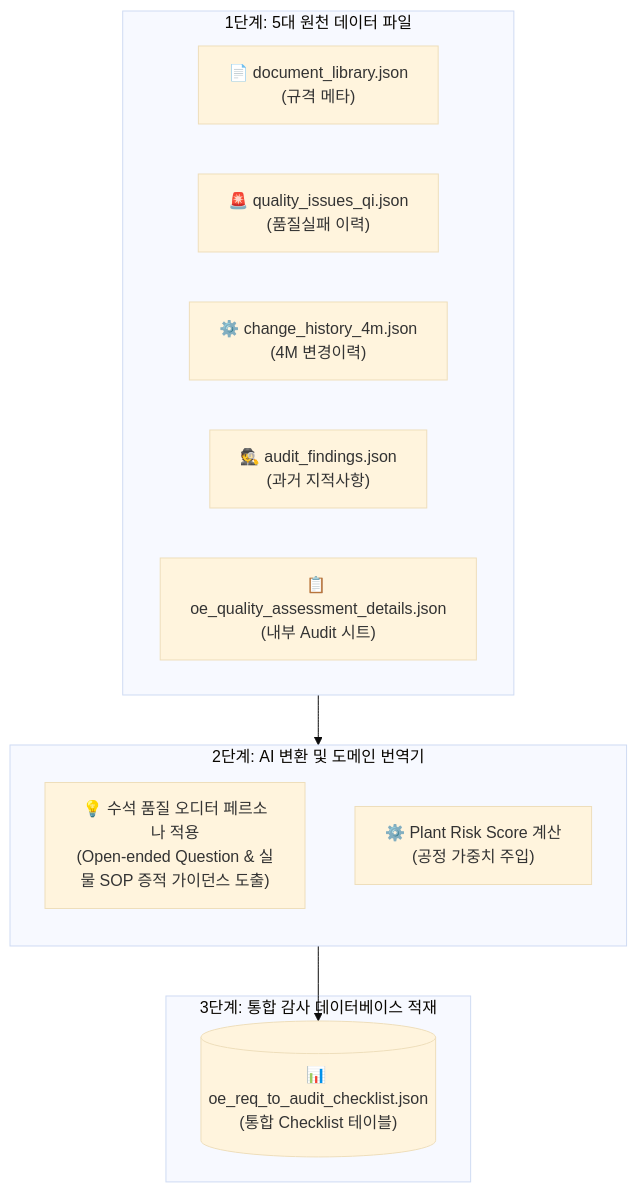
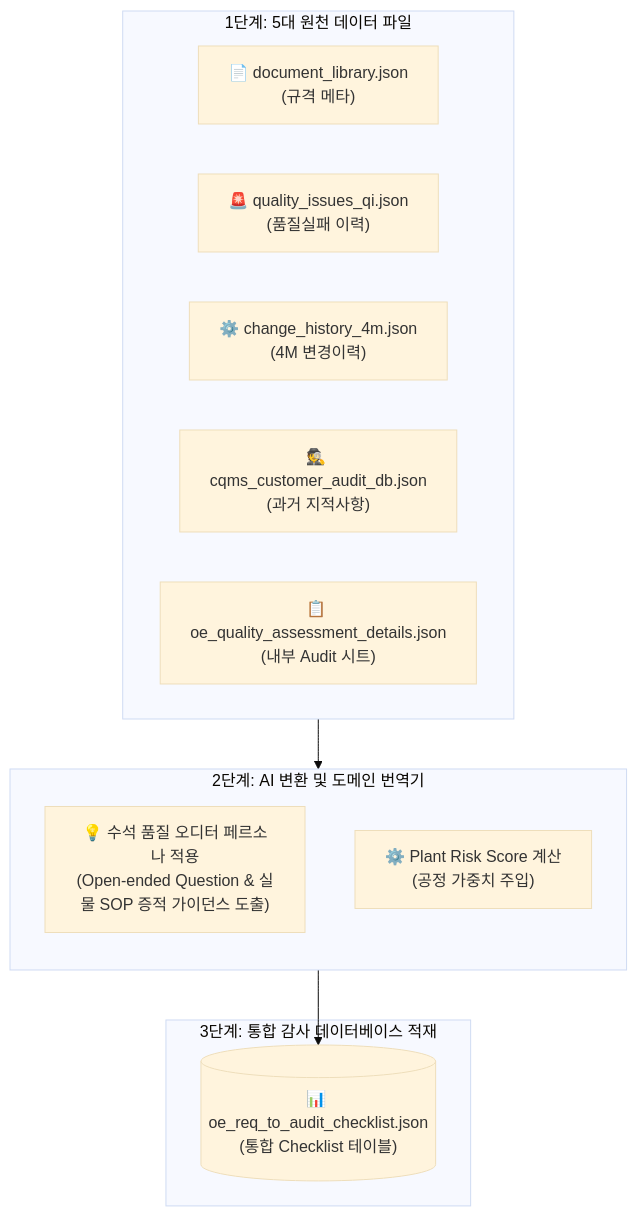
Before and after one commit to jumasi-34/RiskHunter: the diagram in context/03_product_database_schema.md, drawn with Mermaid (base theme). The commit also changed other lines of this file and 9 other files, not shown here.

Commit message:
refactor: rename data/audit_findings.json to data/cqms_customer_audit_db.json and update references

````diff
--- a/context/03_product_database_schema.md
+++ b/context/03_product_database_schema.md
@@ -30,25 +30,25 @@
 ```mermaid
 flowchart TD
     subgraph Raw_Resources ["1단계: 5대 원천 데이터 파일"]
         direction LR
         SRC_DOC["📄 document_library.json<br>(규격 메타)"]
         SRC_QI["🚨 quality_issues_qi.json<br>(품질실패 이력)"]
         SRC_4M["⚙️ change_history_4m.json<br>(4M 변경이력)"]
-        SRC_AUD["🕵️ audit_findings.json<br>(과거 지적사항)"]
+        SRC_AUD["🕵️ cqms_customer_audit_db.json<br>(과거 지적사항)"]
         SRC_INT["📋 oe_quality_assessment_details.json<br>(내부 Audit 시트)"]
     end
 
     subgraph AI_Parser_Engine ["2단계: AI 변환 및 도메인 번역기"]
         direction TB
         PROMPT["💡 수석 품질 오디터 페르소나 적용<br>(Open-ended Question & 실물 SOP 증적 가이던스 도출)"]
         BOOST["⚙️ Plant Risk Score 계산<br>(공정 가중치 주입)"]
     end
 
     subgraph Consolidated_Virtual_DB ["3단계: 통합 감사 데이터베이스 적재"]
         T_UAC[("📊 oe_req_to_audit_checklist.json<br>(통합 Checklist 테이블)")]
     end
 
     %% 데이터 흐름 연결
     Raw_Resources --> AI_Parser_Engine
     AI_Parser_Engine --> T_UAC
 ```
````
